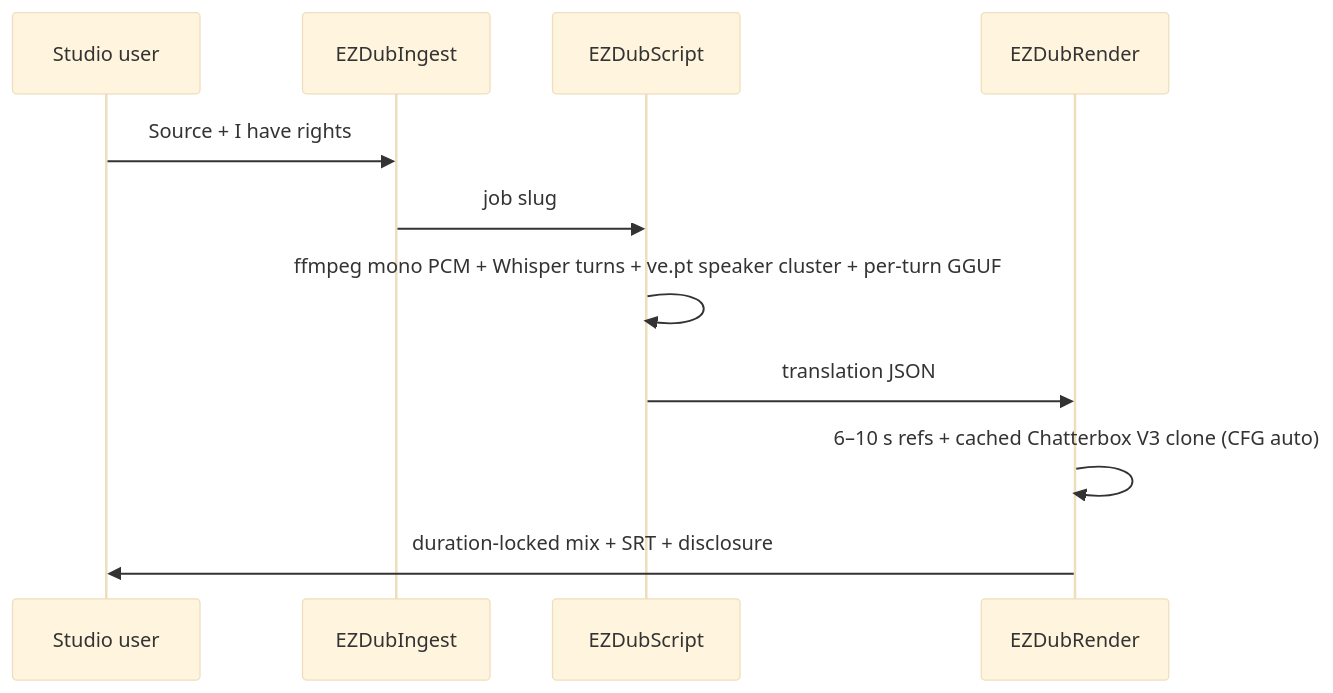
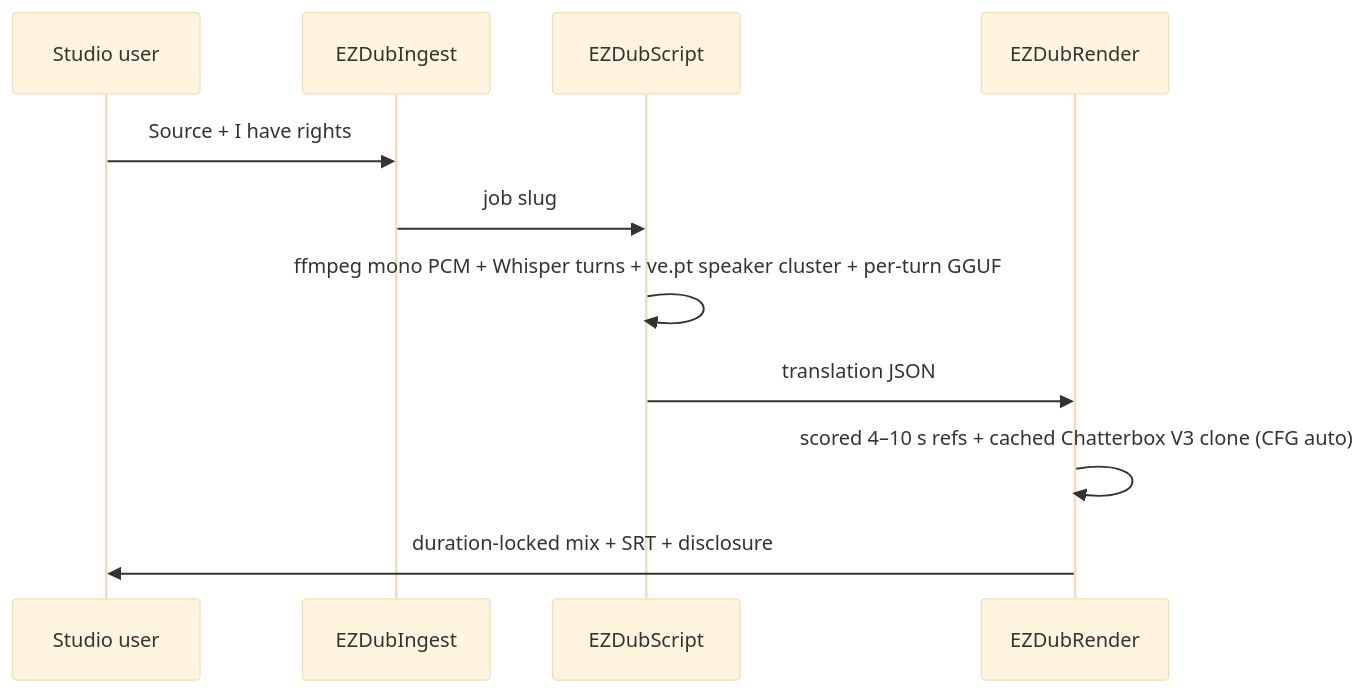
One commit to toxicoder/ez-comfy-stack changed the diagram in docs/dub.mdx. Above: the diagram before and after it, drawn with Mermaid (base theme). The commit also changed other lines of this file and 12 other files, not shown here.

First line of the commit message:
fix(dub): rank clone reference windows and cache chatterbox conditionals

````diff
--- a/docs/dub.mdx
+++ b/docs/dub.mdx
@@ -174,14 +174,14 @@
 ```mermaid
 sequenceDiagram
   participant U as Studio user
   participant I as EZDubIngest
   participant S as EZDubScript
   participant R as EZDubRender
 
   U->>I: Source + I have rights
   I->>S: job slug
   S->>S: ffmpeg mono PCM + Whisper turns + ve.pt speaker cluster + per-turn GGUF
   S->>R: translation JSON
-  R->>R: 6–10 s refs + cached Chatterbox V3 clone (CFG auto)
+  R->>R: scored 4–10 s refs + cached Chatterbox V3 clone (CFG auto)
   R->>U: duration-locked mix + SRT + disclosure
 ```
````
